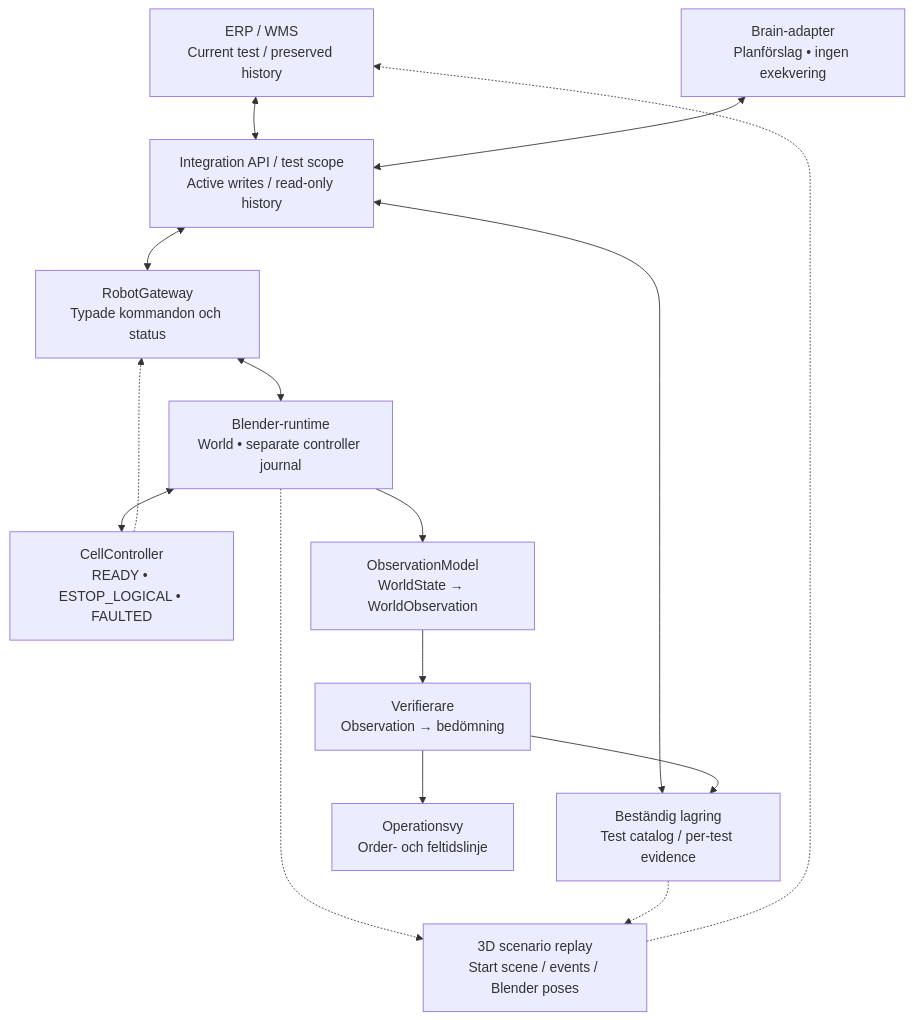
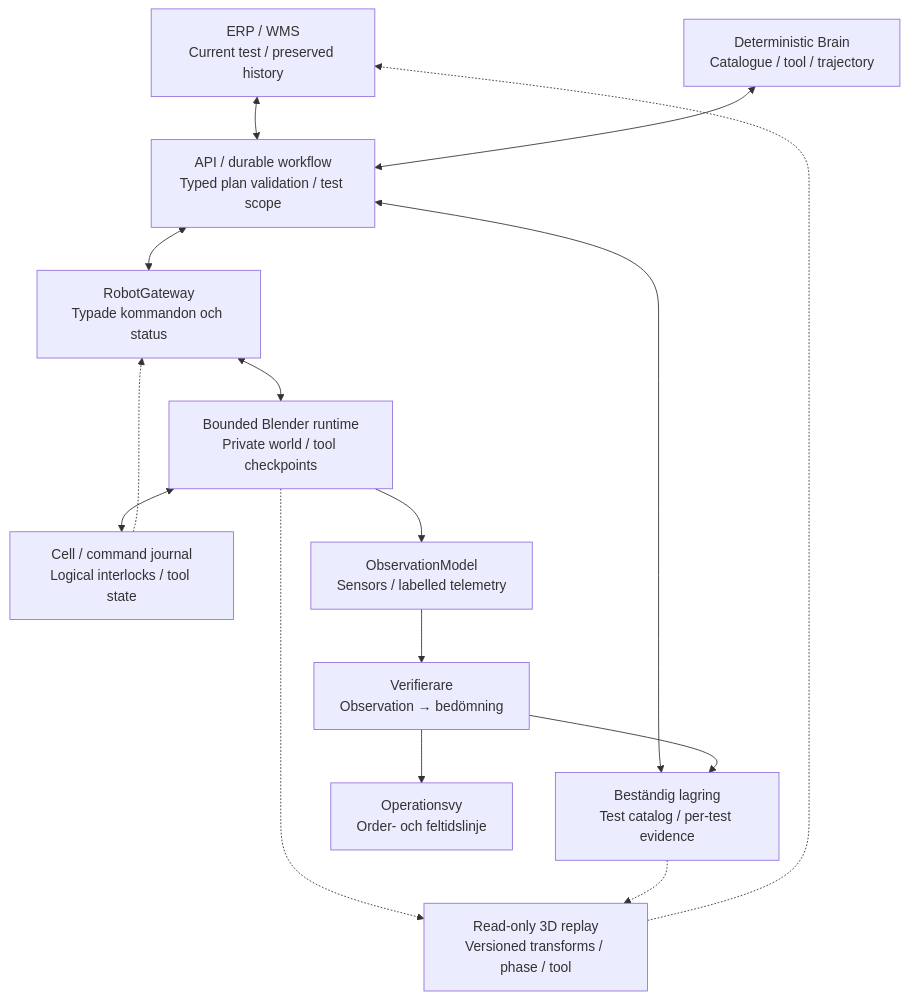
The diagram in sources/diagrams/architecture.mmd (raal1600/SICS-RobotOps-Twin-E2E-Warehouse-Robotics-Integration-Simulator), drawn with Mermaid before and after one commit. The commit also changed 209 other files, not shown here.

```diff
--- a/sources/diagrams/architecture.mmd
+++ b/sources/diagrams/architecture.mmd
@@ -1,26 +1,26 @@
 flowchart TD
   erp["ERP / WMS<br/>Current test / preserved history"]
-  core["Integration API / test scope<br/>Active writes / read-only history"]
+  core["API / durable workflow<br/>Typed plan validation / test scope"]
   gateway["RobotGateway<br/>Typade kommandon och status"]
-  brain["Brain-adapter<br/>Planförslag • ingen exekvering"]
+  brain["Deterministic Brain<br/>Catalogue / tool / trajectory"]
   db["Beständig lagring<br/>Test catalog / per-test evidence"]
-  world["Blender-runtime<br/>World • separate controller journal"]
+  world["Bounded Blender runtime<br/>Private world / tool checkpoints"]
   monitor["Operationsvy<br/>Order- och feltidslinje"]
   verify["Verifierare<br/>Observation → bedömning"]
-  cell["CellController<br/>READY • ESTOP_LOGICAL • FAULTED"]
-  observation["ObservationModel<br/>WorldState → WorldObservation"]
-  replay["3D scenario replay<br/>Start scene / events / Blender poses"]
+  cell["Cell / command journal<br/>Logical interlocks / tool state"]
+  observation["ObservationModel<br/>Sensors / labelled telemetry"]
+  replay["Read-only 3D replay<br/>Versioned transforms / phase / tool"]
   erp <--> core
   core <--> gateway
   core <--> db
   gateway <--> world
   world <--> cell
   verify --> db
   verify --> monitor
   brain <--> core
   cell -.-> gateway
   world --> observation
   observation --> verify
   world -.-> replay
   replay -.-> erp
   db -.-> replay
```
